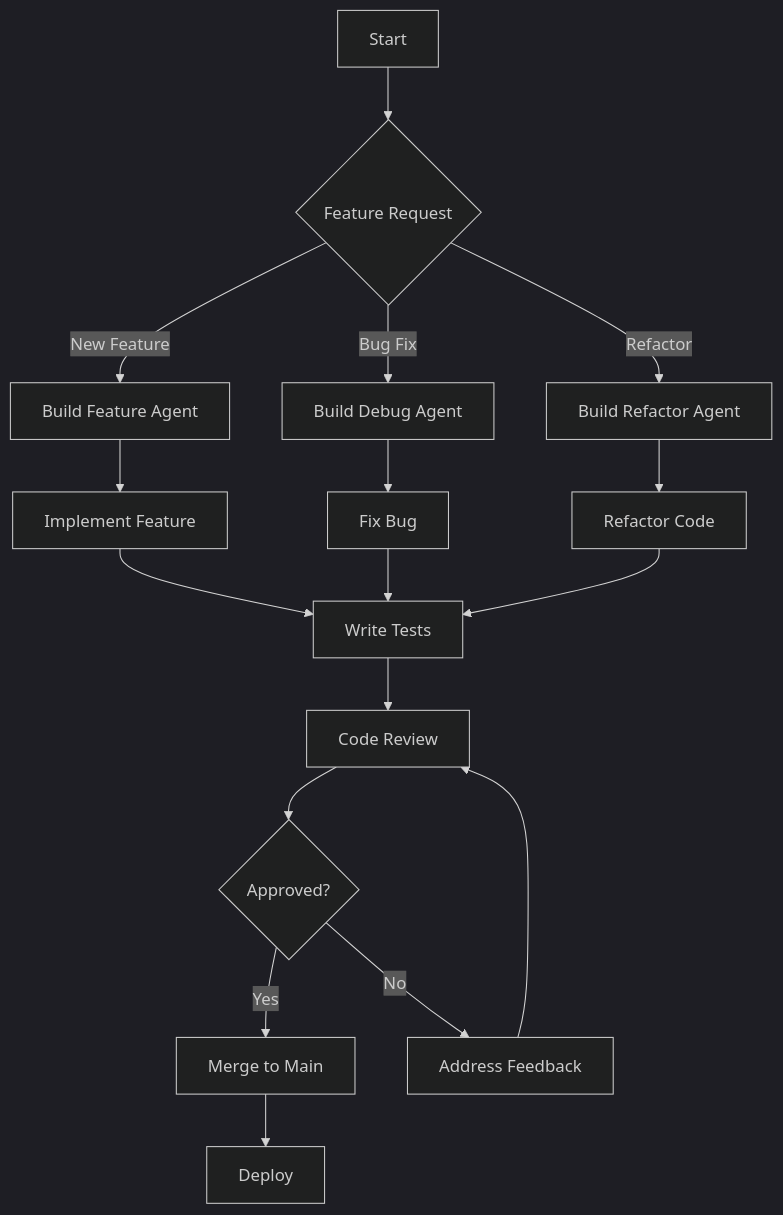
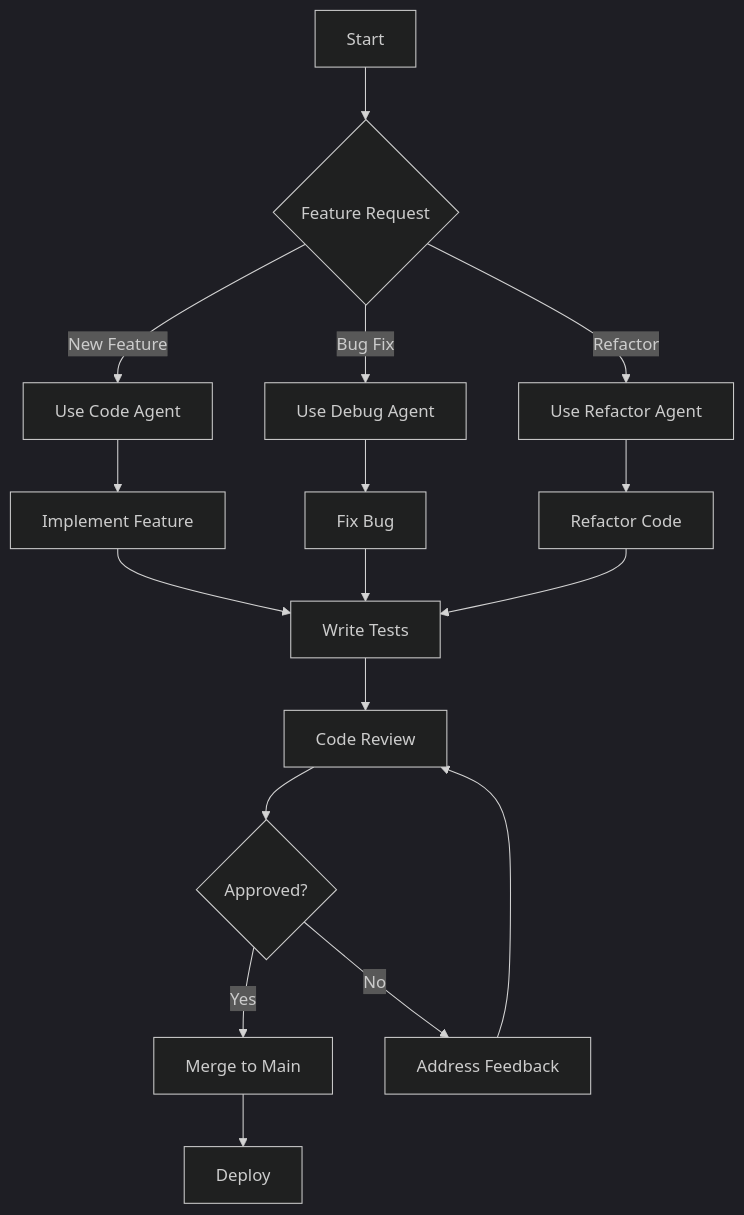
The diagram in docs/user-guide/COMMON_USE_CASES.md (snoodleboot-io/prompticorn), drawn with Mermaid (dark theme) before and after one commit. The commit also changed other lines of this file and 234 other files, not shown here.

````diff
--- a/docs/user-guide/COMMON_USE_CASES.md
+++ b/docs/user-guide/COMMON_USE_CASES.md
@@ -124,19 +117,19 @@
 ```mermaid
 graph TD
     A[Start] --> B{Feature Request}
-    B -->|New Feature| C[Build Feature Agent]
-    B -->|Bug Fix| D[Build Debug Agent]
-    B -->|Refactor| E[Build Refactor Agent]
+    B -->|New Feature| C[Use Code Agent]
+    B -->|Bug Fix| D[Use Debug Agent]
+    B -->|Refactor| E[Use Refactor Agent]
     C --> F[Implement Feature]
     D --> G[Fix Bug]
     E --> H[Refactor Code]
     F --> I[Write Tests]
     G --> I
     H --> I
     I --> J[Code Review]
     J --> K{Approved?}
     K -->|Yes| L[Merge to Main]
     K -->|No| M[Address Feedback]
     M --> J
     L --> N[Deploy]
 ```
````
